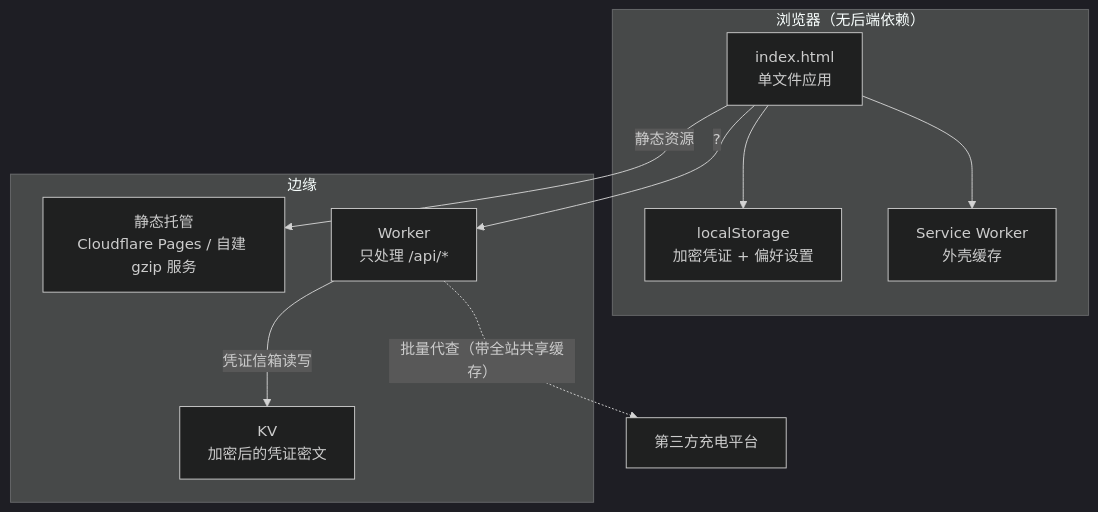
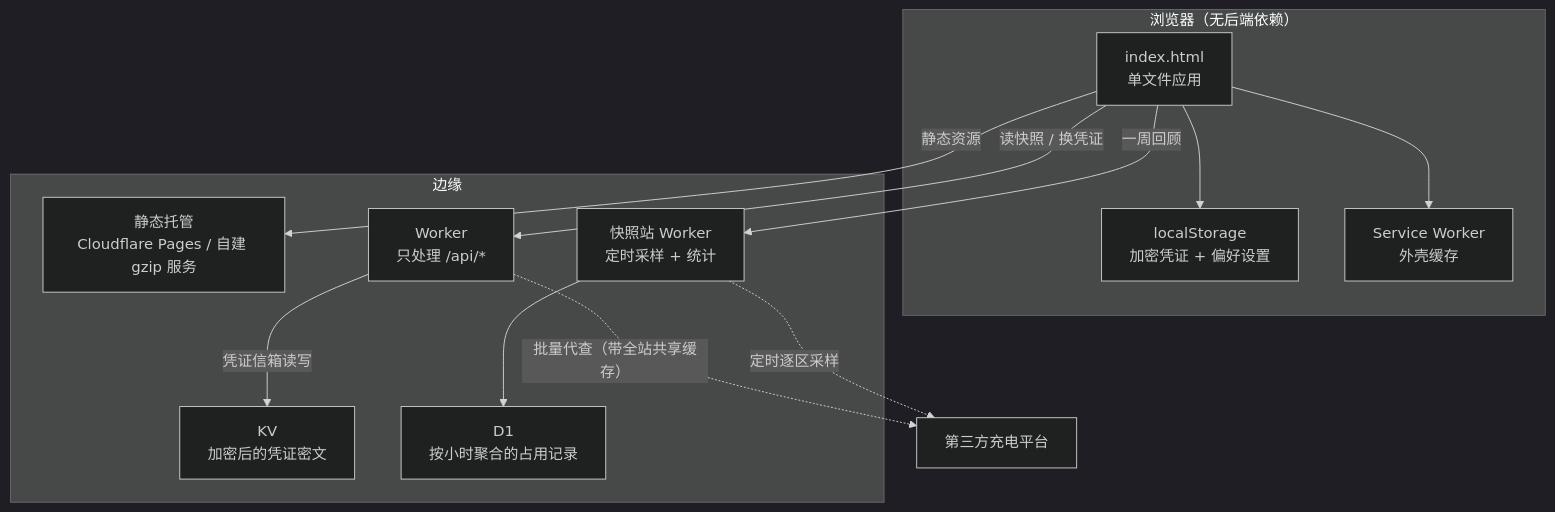
One commit to Qishihe/longsong-chd-charger changed the diagram in README.md. Above: the diagram before and after it, drawn with Mermaid (dark theme). The commit also changed other lines of this file and 7 other files, not shown here.

First line of the commit message:
README：更新到 v3.07，补界面配图与近期功能

````diff
--- a/README.md
+++ b/README.md
@@ -44,23 +98,28 @@
 ```mermaid
 flowchart TB
     subgraph Client["浏览器（无后端依赖）"]
         Page["index.html<br/>单文件应用"]
         LS["localStorage<br/>加密凭证 + 偏好设置"]
         SW["Service Worker<br/>外壳缓存"]
     end
 
     subgraph Edge["边缘"]
         Host["静态托管<br/>Cloudflare Pages / 自建 gzip 服务"]
         Worker["Worker<br/>只处理 /api/*"]
         KV["KV<br/>加密后的凭证密文"]
+        Snap["快照站 Worker<br/>定时采样 + 统计"]
+        D1["D1<br/>按小时聚合的占用记录"]
     end
 
     Platform["第三方充电平台"]
 
     Page --> LS
     Page --> SW
     Page -- "静态资源" --> Host
-    Page -- "?" --> Worker
+    Page -- "读快照 / 换凭证" --> Worker
     Worker -- "凭证信箱读写" --> KV
     Worker -. "批量代查（带全站共享缓存）" .-> Platform
+    Snap -. "定时逐区采样" .-> Platform
+    Snap --> D1
+    Page -- "一周回顾" --> Snap
 ```
````
